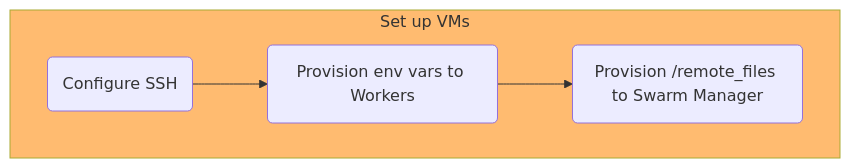
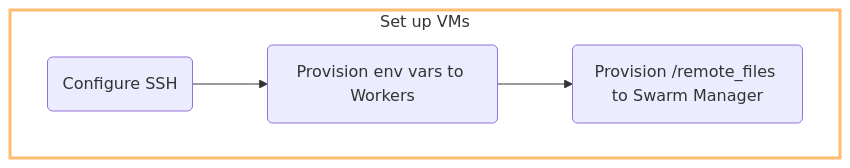
Before and after one commit to DevOps-2024-group-p/maxitwit: the tenth of 10 diagrams in report/report.md, drawn with Mermaid. The commit also changed other lines of this file and 1 other file, not shown here.

````diff
--- a/report/report.md
+++ b/report/report.md
@@ -255,9 +260,9 @@
 ```mermaid
 flowchart TB
     subgraph S["Set up VMs"]
         id0("Configure SSH")-->id1("Provision env vars to Workers")
         id1-->id2("Provision /remote_files to Swarm Manager")
     end
 
-    style S fill:#FFBB70
+    style S stroke:#FFBB70, stroke-width:3px, fill:#FFFFFF
 ```
````
